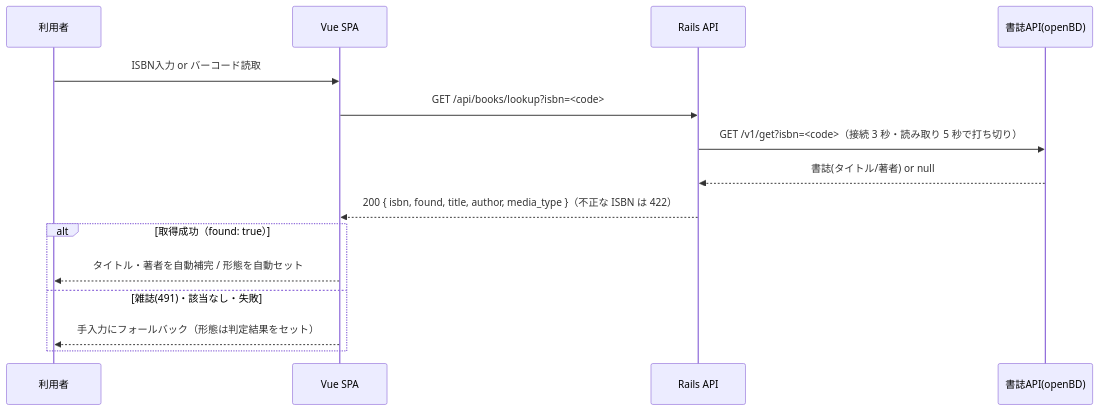
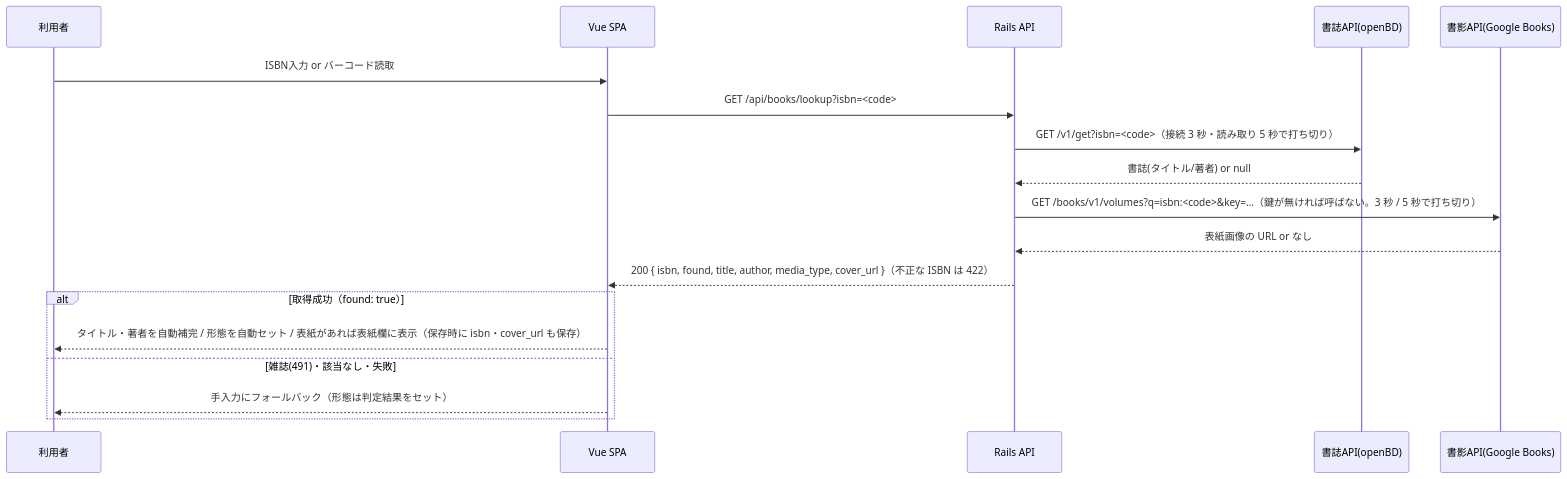
Before and after one commit to adamaru-code/reading-board: the seventh of 7 diagrams in docs/basic-design.md, drawn with Mermaid. The commit also changed other lines of this file and 3 other files, not shown here.

````diff
--- a/docs/basic-design.md
+++ b/docs/basic-design.md
@@ -245,17 +247,20 @@
 ```mermaid
 sequenceDiagram
     participant U as 利用者
     participant V as Vue SPA
     participant R as Rails API
     participant O as 書誌API(openBD)
+    participant G as 書影API(Google Books)
     U->>V: ISBN入力 or バーコード読取
     V->>R: GET /api/books/lookup?isbn=<code>
     R->>O: GET /v1/get?isbn=<code>（接続 3 秒・読み取り 5 秒で打ち切り）
     O-->>R: 書誌(タイトル/著者) or null
-    R-->>V: 200 { isbn, found, title, author, media_type }（不正な ISBN は 422）
+    R->>G: GET /books/v1/volumes?q=isbn:<code>&key=…（鍵が無ければ呼ばない。3 秒 / 5 秒で打ち切り）
+    G-->>R: 表紙画像の URL or なし
+    R-->>V: 200 { isbn, found, title, author, media_type, cover_url }（不正な ISBN は 422）
     alt 取得成功（found: true）
-        V-->>U: タイトル・著者を自動補完 / 形態を自動セット
+        V-->>U: タイトル・著者を自動補完 / 形態を自動セット / 表紙があれば表紙欄に表示（保存時に isbn・cover_url も保存）
     else 雑誌(491)・該当なし・失敗
         V-->>U: 手入力にフォールバック（形態は判定結果をセット）
     end
 ```
````
